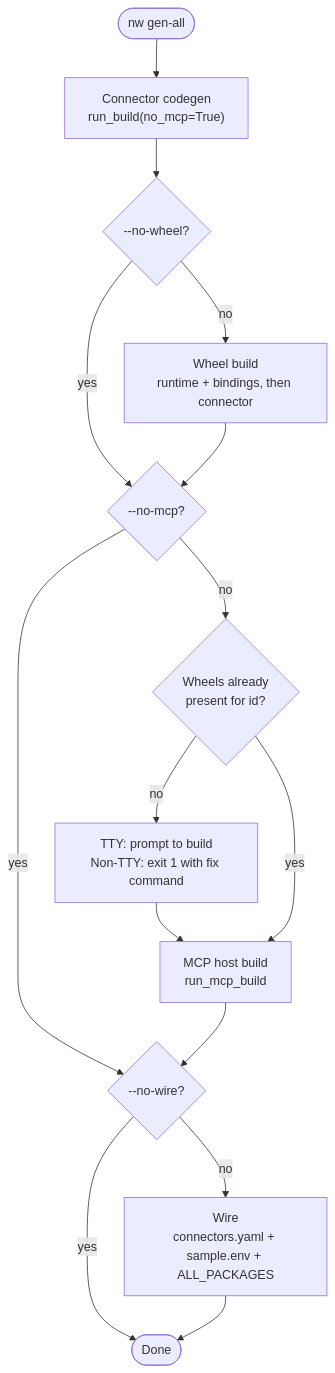
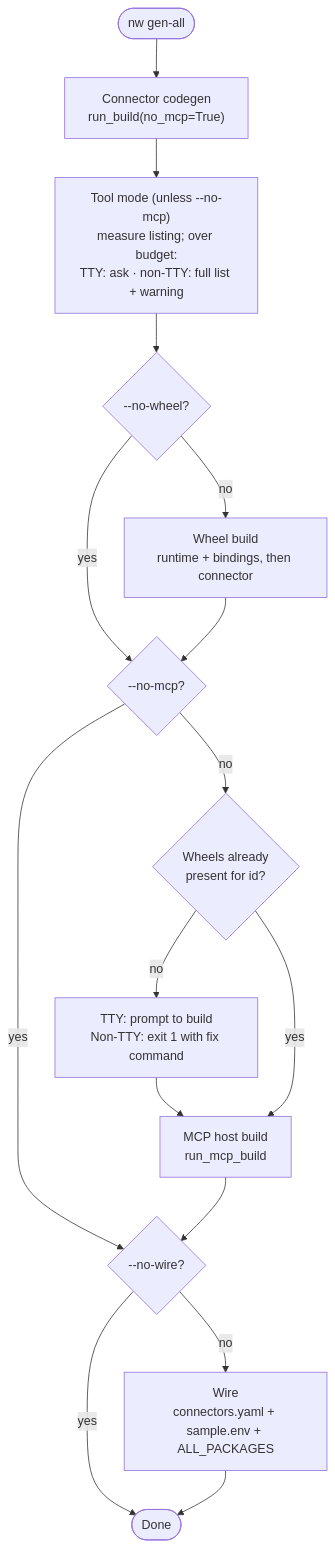
Before and after one commit to AOT-Technologies/node-wire: the second of 2 diagrams in docs/nw-cli.md, drawn with Mermaid. The commit also changed other lines of this file and 34 other files, not shown here.

````diff
--- a/docs/nw-cli.md
+++ b/docs/nw-cli.md
@@ -66,17 +69,18 @@
 ```mermaid
 flowchart TD
   start(["nw gen-all"]) --> connector["Connector codegen<br/>run_build(no_mcp=True)"]
-  connector --> wheelFlag{"--no-wheel?"}
+  connector --> toolMode["Tool mode (unless --no-mcp)<br/>measure listing; over budget:<br/>TTY: ask · non-TTY: full list + warning"]
+  toolMode --> wheelFlag{"--no-wheel?"}
   wheelFlag -- no --> wheel["Wheel build<br/>runtime + bindings, then connector"]
   wheelFlag -- yes --> mcpFlag
   wheel --> mcpFlag{"--no-mcp?"}
   mcpFlag -- no --> wheelsCheck{"Wheels already<br/>present for id?"}
   wheelsCheck -- no --> ensureBuild["TTY: prompt to build<br/>Non-TTY: exit 1 with fix command"]
   ensureBuild --> mcpBuild
   wheelsCheck -- yes --> mcpBuild["MCP host build<br/>run_mcp_build"]
   mcpFlag -- yes --> wireFlag
   mcpBuild --> wireFlag{"--no-wire?"}
   wireFlag -- no --> wire["Wire<br/>connectors.yaml + sample.env + ALL_PACKAGES"]
   wireFlag -- yes --> done(["Done"])
   wire --> done
 ```
````
